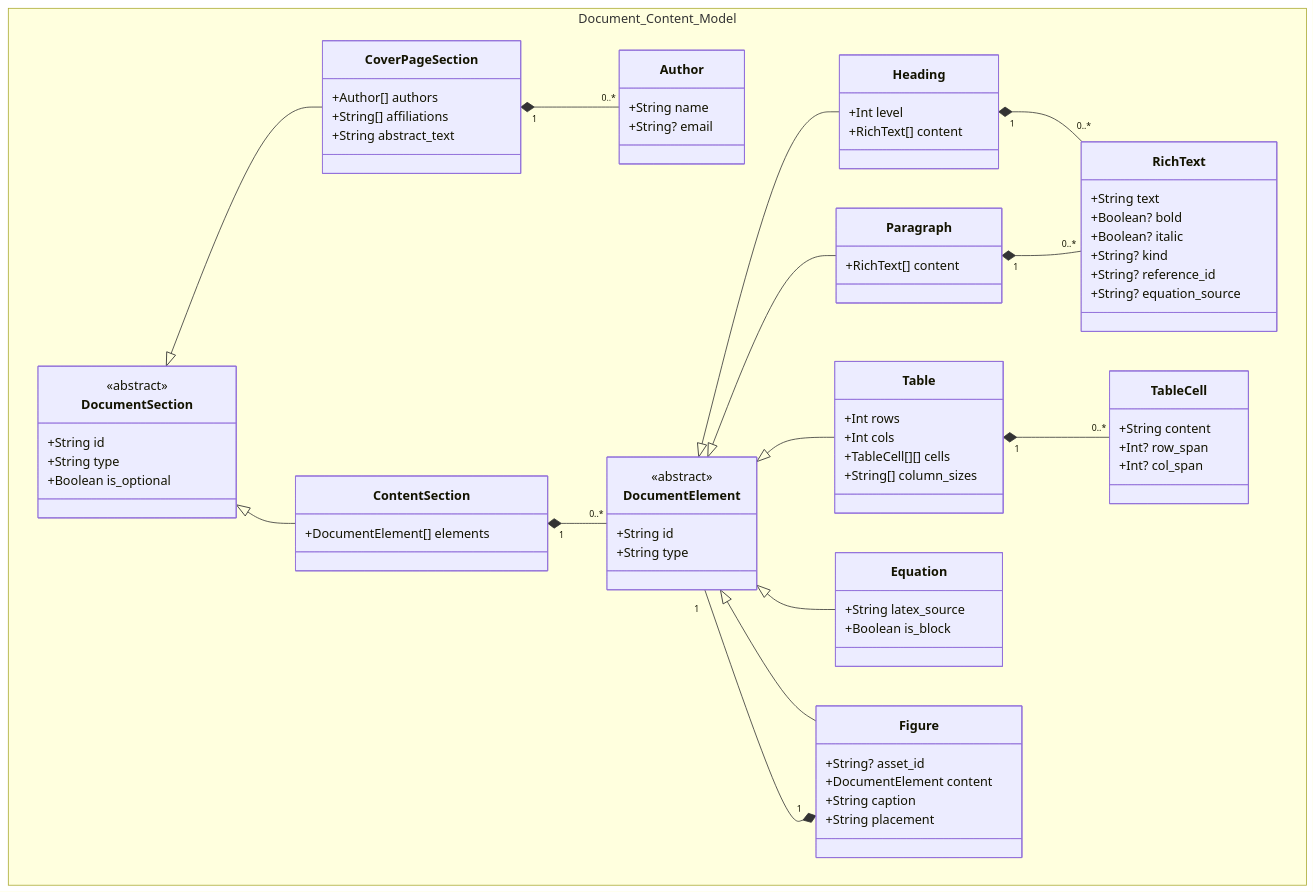
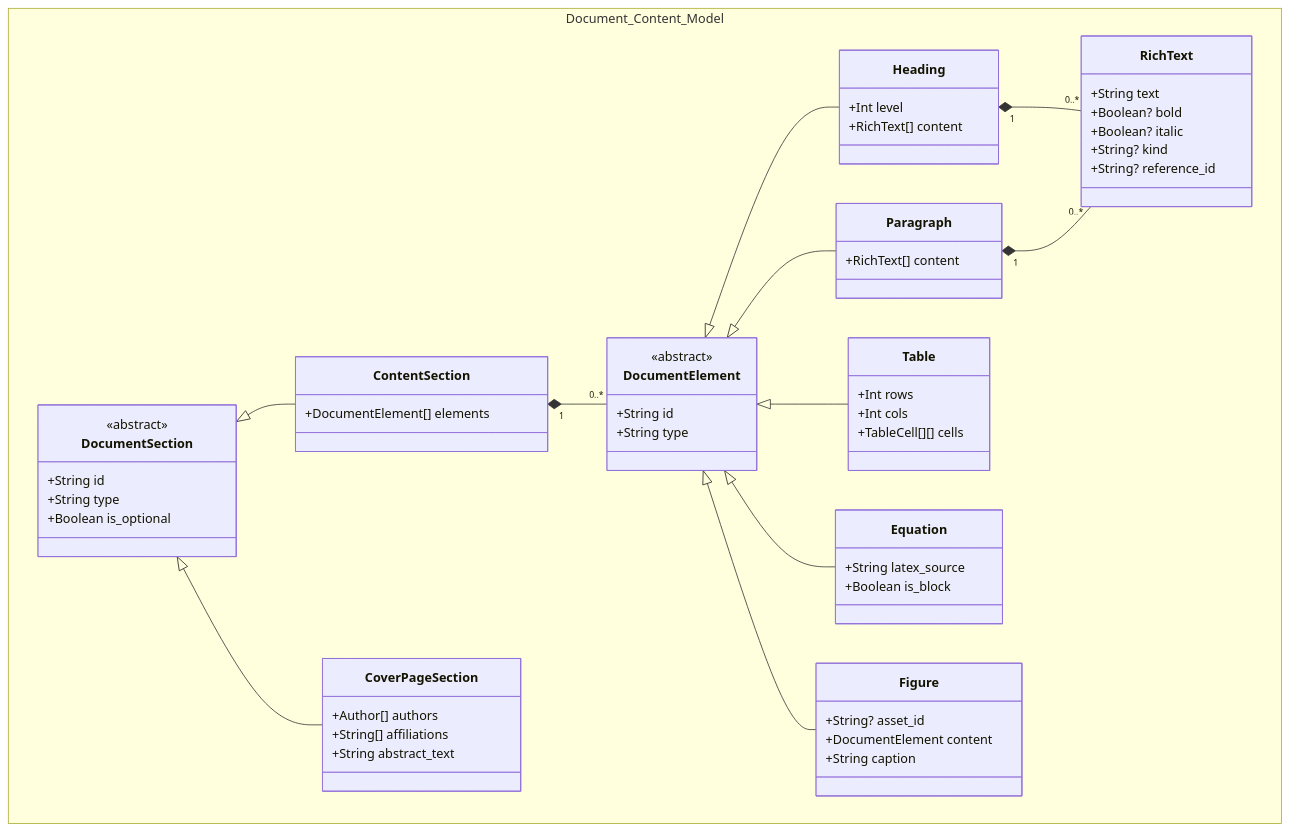
Before and after one commit to andmoreduro/ergo: the second of 5 diagrams in context/class-diagrams.md, drawn with Mermaid. The commit also changed other lines of this file and 12 other files, not shown here.

````diff
--- a/context/class-diagrams.md
+++ b/context/class-diagrams.md
@@ -108,11 +86,6 @@
             +Author[] authors
             +String[] affiliations
             +String abstract_text
-        }
-
-        class Author {
-            +String name
-            +String? email
         }
 
         class DocumentElement {
@@ -136,20 +109,12 @@
             +Boolean? italic
             +String? kind
             +String? reference_id
-            +String? equation_source
         }
 
         class Table {
             +Int rows
             +Int cols
             +TableCell[][] cells
-            +String[] column_sizes
-        }
-
-        class TableCell {
-            +String content
-            +Int? row_span
-            +Int? col_span
         }
 
         class Equation {
@@ -161,13 +126,11 @@
             +String? asset_id
             +DocumentElement content
             +String caption
-            +String placement
         }
     }
 
     DocumentSection <|-- ContentSection
     DocumentSection <|-- CoverPageSection
-    CoverPageSection "1" *-- "0..*" Author
     ContentSection "1" *-- "0..*" DocumentElement
     DocumentElement <|-- Heading
     DocumentElement <|-- Paragraph
@@ -176,6 +139,4 @@
     DocumentElement <|-- Figure
     Heading "1" *-- "0..*" RichText
     Paragraph "1" *-- "0..*" RichText
-    Table "1" *-- "0..*" TableCell
-    Figure "1" *-- "1" DocumentElement
 ```
````
